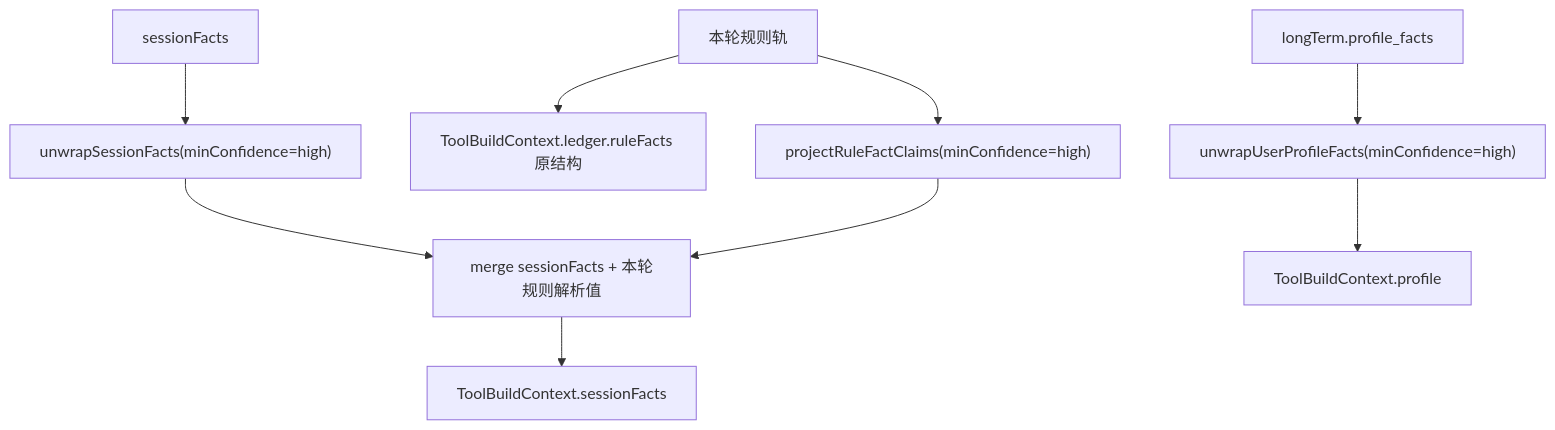
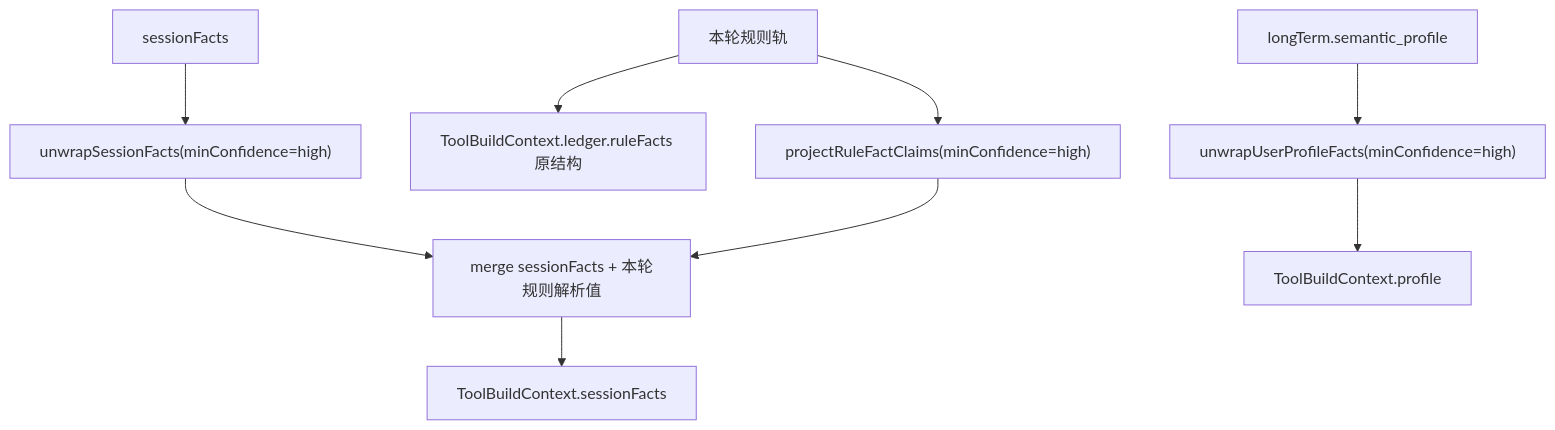
One commit to huajune/cake-agent-runtime changed the diagram in docs/architecture/memory-architecture.md. Above: the diagram before and after it, drawn with Mermaid. The commit also changed other lines of this file and 37 other files, not shown here.

````diff
--- a/docs/architecture/memory-architecture.md
+++ b/docs/architecture/memory-architecture.md
@@ -381,11 +381,11 @@
 ```mermaid
 flowchart TD
-  A["longTerm.profile_facts"] --> B["unwrapUserProfileFacts(minConfidence=high)"]
+  A["longTerm.semantic_profile"] --> B["unwrapUserProfileFacts(minConfidence=high)"]
   C["sessionFacts"] --> D["unwrapSessionFacts(minConfidence=high)"]
   E["本轮规则轨"] --> F["projectRuleFactClaims(minConfidence=high)"]
   D --> G["merge sessionFacts + 本轮规则解析值"]
   F --> G
   B --> H["ToolBuildContext.profile"]
   G --> I["ToolBuildContext.sessionFacts"]
   E --> J["ToolBuildContext.ledger.ruleFacts 原结构"]
 ```
````
